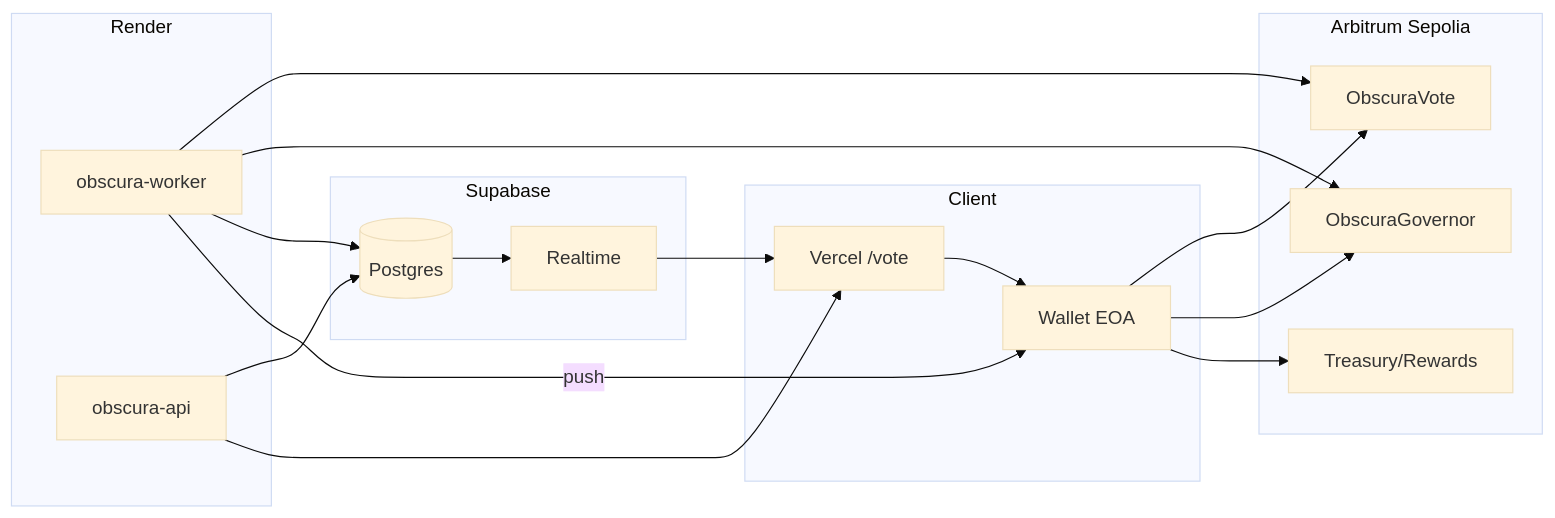
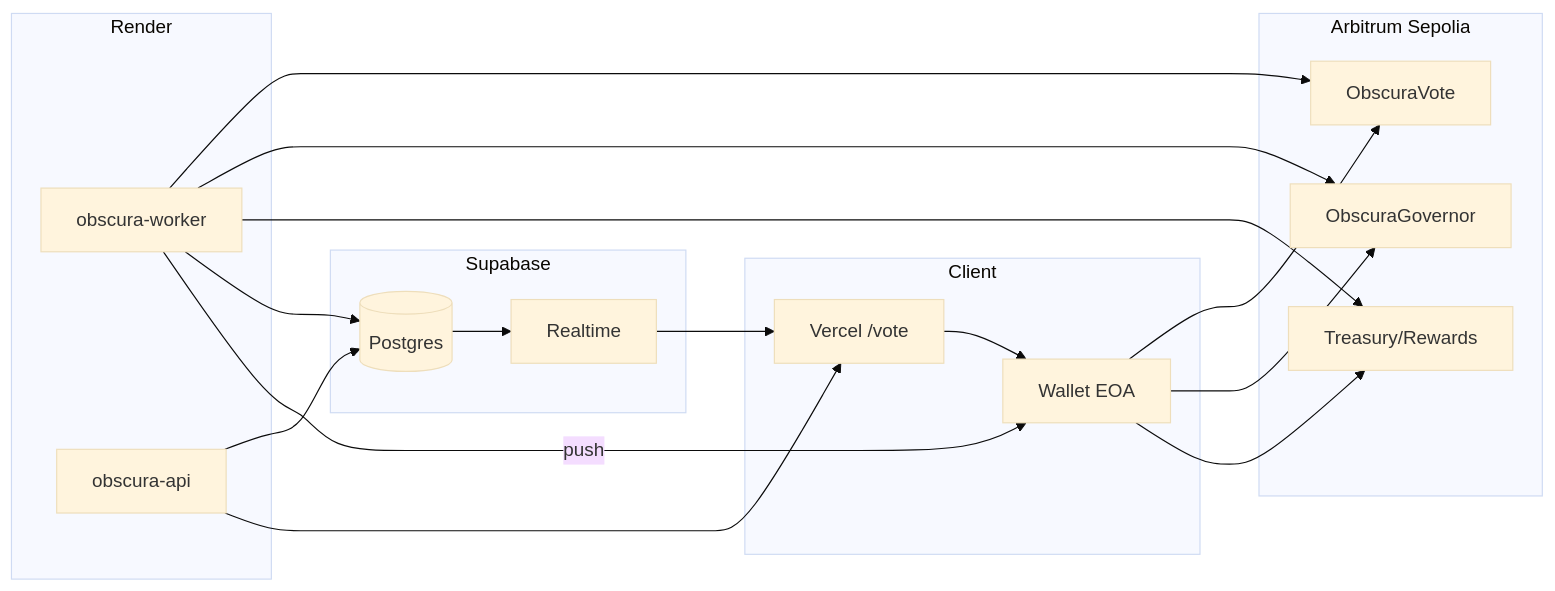
Diagram 20 of 21 in vote_wave5_protocol_bible_v1.md (mohamedwael201193/OBSCURA), drawn with Mermaid (base theme) before and after one commit. The commit also changed other lines of this file and 1 other file, not shown here.

Commit message:
Add canonical ecosystem architecture reference and finalize Vote protocol documentation.

````diff
--- a/vote_wave5_protocol_bible_v1.md
+++ b/vote_wave5_protocol_bible_v1.md
@@ -2815,32 +2837,32 @@
 ```mermaid
 flowchart LR
   subgraph Client
     VERCEL[Vercel /vote]
     WALLET[Wallet EOA]
   end
 
   subgraph Chain[Arbitrum Sepolia]
     VOTE[ObscuraVote]
     GOV[ObscuraGovernor]
     TREAS[Treasury/Rewards]
   end
 
   subgraph Render
     WK[obscura-worker]
     API[obscura-api]
   end
 
   subgraph Supabase
     DB[(Postgres)]
     RT[Realtime]
   end
 
   VERCEL --> WALLET
   WALLET --> VOTE & GOV & TREAS
-  WK --> VOTE & GOV
+  WK --> VOTE & GOV & TREAS
   WK --> DB
   API --> DB
   DB --> RT --> VERCEL
   API --> VERCEL
   WK -->|push| WALLET
 ```
````
